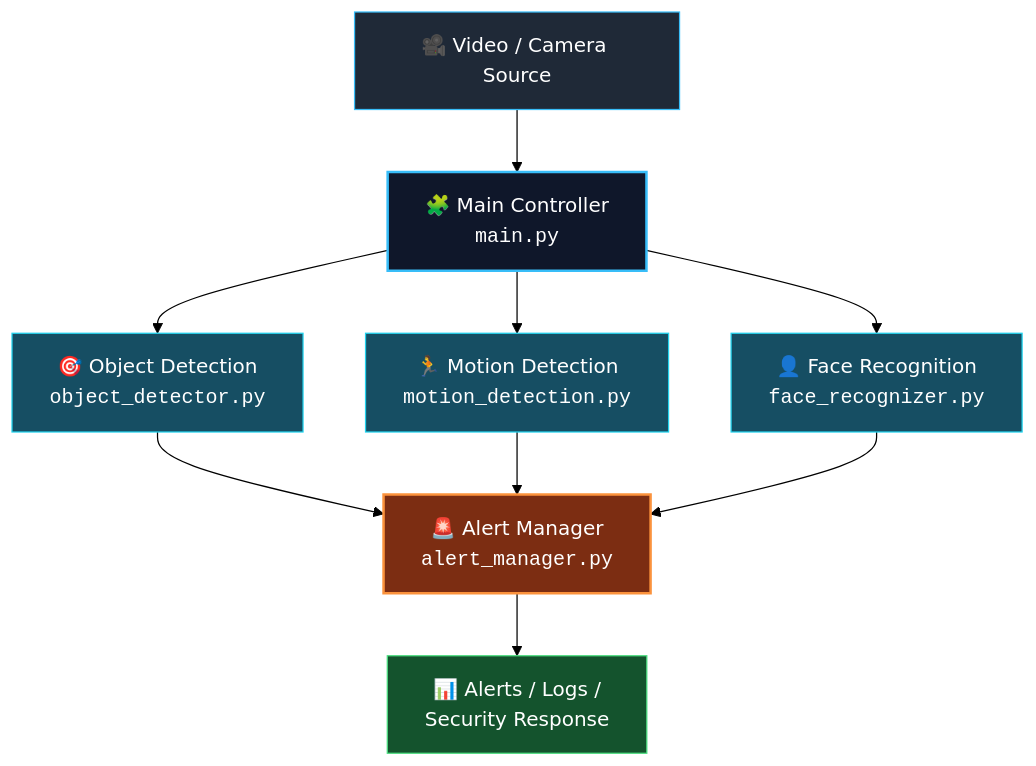
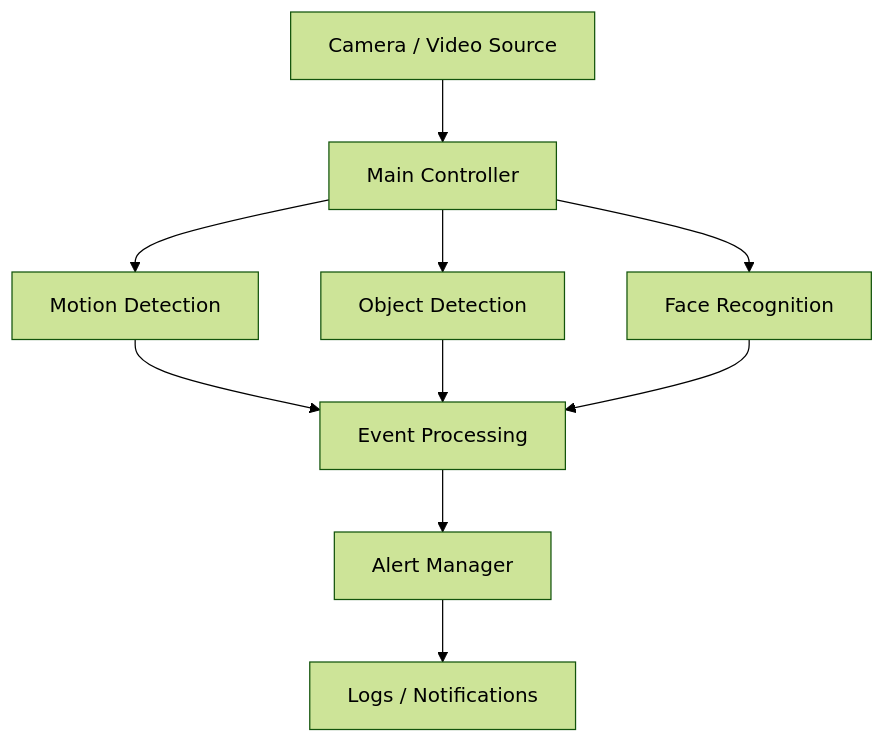
Before and after one commit to vishalyadav7091/AI_Surveillance_System: the diagram in README.md, drawn with Mermaid (forest theme). The commit also changed other lines of this file, not shown here.

````diff
--- a/README.md
+++ b/README.md
@@ -37,22 +54,14 @@
 ```mermaid
 flowchart TD
-    A["🎥 Video / Camera Source"] --> B["🧩 Main Controller<br/><code>main.py</code>"]
+    A["Camera / Video Source"] --> B["Main Controller"]
+    B --> C["Motion Detection"]
+    B --> D["Object Detection"]
+    B --> E["Face Recognition"]
 
-    B --> C["🎯 Object Detection<br/><code>object_detector.py</code>"]
-    B --> D["🏃 Motion Detection<br/><code>motion_detection.py</code>"]
-    B --> E["👤 Face Recognition<br/><code>face_recognizer.py</code>"]
-
-    C --> F["🚨 Alert Manager<br/><code>alert_manager.py</code>"]
+    C --> F["Event Processing"]
     D --> F
     E --> F
 
-    F --> G["📊 Alerts / Logs /<br/>Security Response"]
-
-    style A fill:#1f2937,stroke:#38bdf8,color:#fff
-    style B fill:#0f172a,stroke:#38bdf8,color:#fff,stroke-width:2px
-    style C fill:#164e63,stroke:#22d3ee,color:#fff
-    style D fill:#164e63,stroke:#22d3ee,color:#fff
-    style E fill:#164e63,stroke:#22d3ee,color:#fff
-    style F fill:#7c2d12,stroke:#fb923c,color:#fff,stroke-width:2px
-    style G fill:#14532d,stroke:#4ade80,color:#fff
+    F --> G["Alert Manager"]
+    G --> H["Logs / Notifications"]
 ```
````
